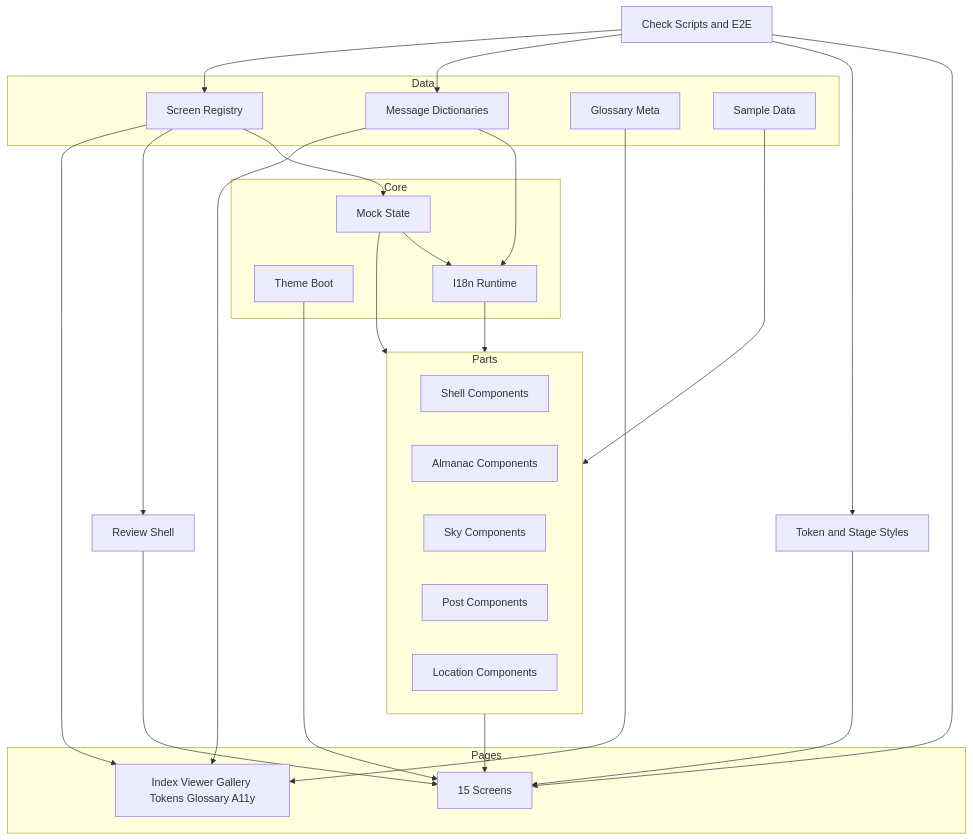
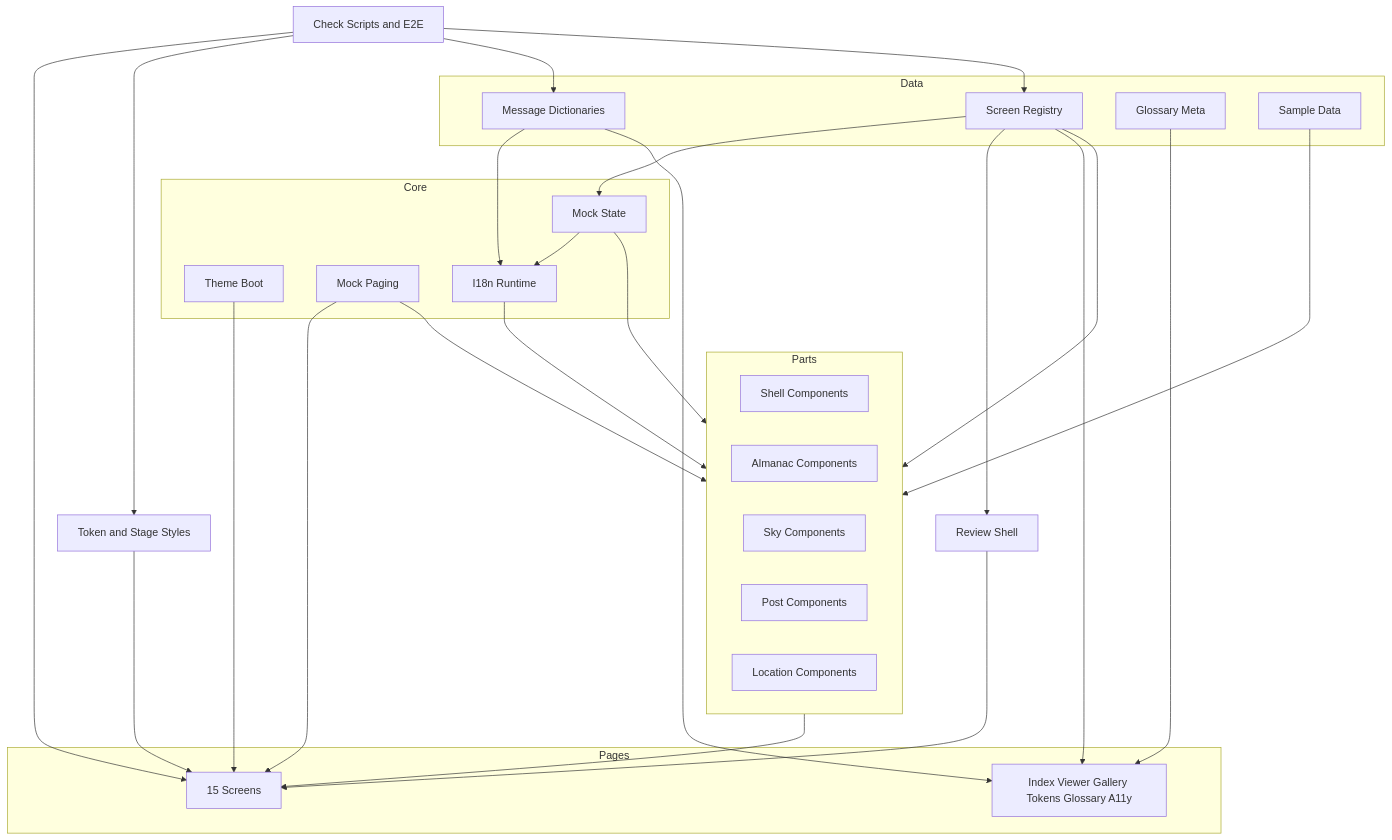
Before and after one commit to t-totsuka/menehune: the first of 3 diagrams in .kiro/specs/ui-mockups/design.md, drawn with Mermaid. The commit also changed other lines of this file and 48 other files, not shown here.

````diff
--- a/.kiro/specs/ui-mockups/design.md
+++ b/.kiro/specs/ui-mockups/design.md
@@ -57,47 +59,51 @@
 ```mermaid
 graph TB
     subgraph Data
         Registry[Screen Registry]
         Messages[Message Dictionaries]
         Glossary[Glossary Meta]
         Sample[Sample Data]
     end
     subgraph Core
         ThemeBoot[Theme Boot]
         MockState[Mock State]
+        Paging[Mock Paging]
         I18n[I18n Runtime]
     end
     subgraph Parts
         Shell[Shell Components]
         Almanac[Almanac Components]
         Sky[Sky Components]
         Posts[Post Components]
         Location[Location Components]
     end
     subgraph Pages
         Screens[15 Screens]
         Catalog[Index Viewer Gallery Tokens Glossary A11y]
     end
     Review[Review Shell]
     Styles[Token and Stage Styles]
     Tools[Check Scripts and E2E]
 
     Messages --> I18n
     Registry --> MockState
     MockState --> I18n
     MockState --> Parts
     I18n --> Parts
     Sample --> Parts
+    Registry --> Parts
+    Paging --> Parts
+    Paging --> Screens
     Parts --> Screens
     Registry --> Review
     Review --> Screens
     Registry --> Catalog
     Glossary --> Catalog
     Messages --> Catalog
     Styles --> Screens
     ThemeBoot --> Screens
     Tools --> Screens
     Tools --> Styles
     Tools --> Messages
     Tools --> Registry
 ```
````
